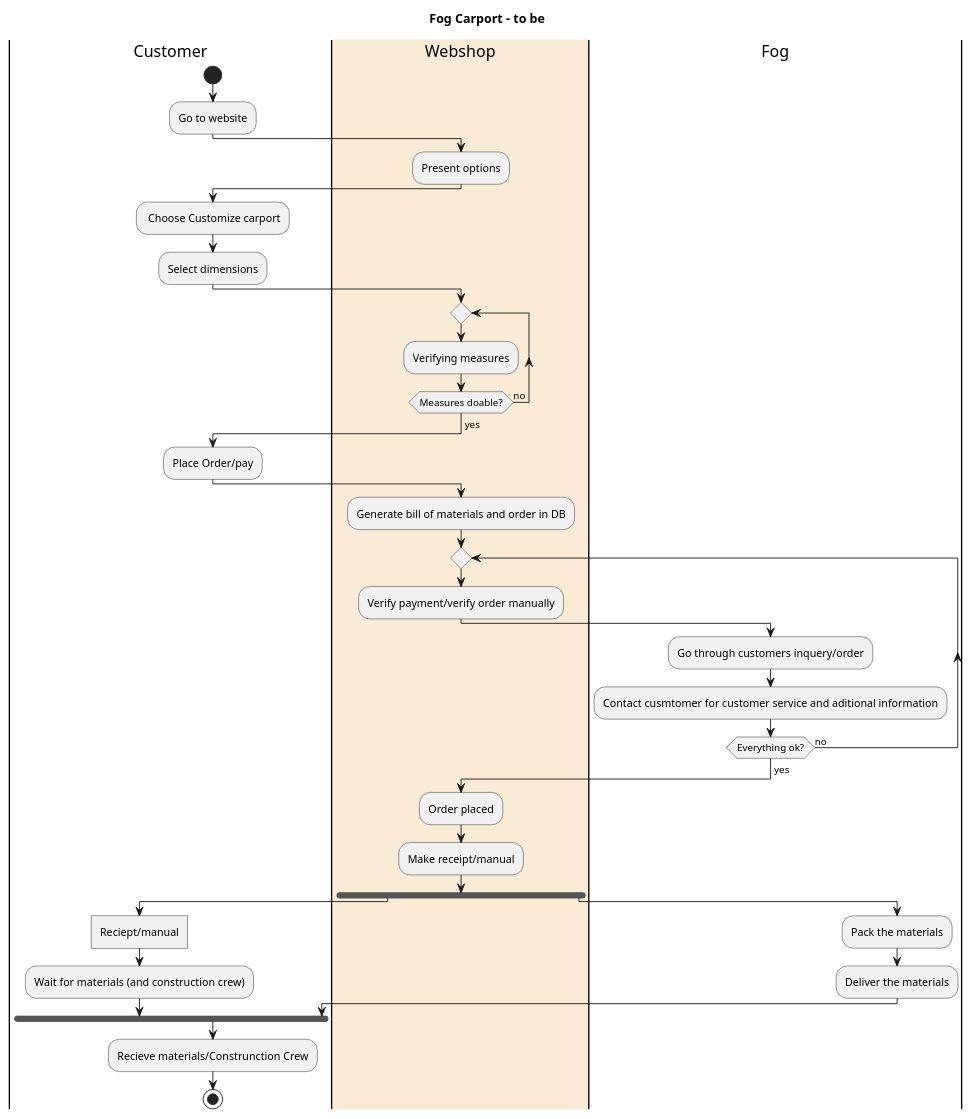
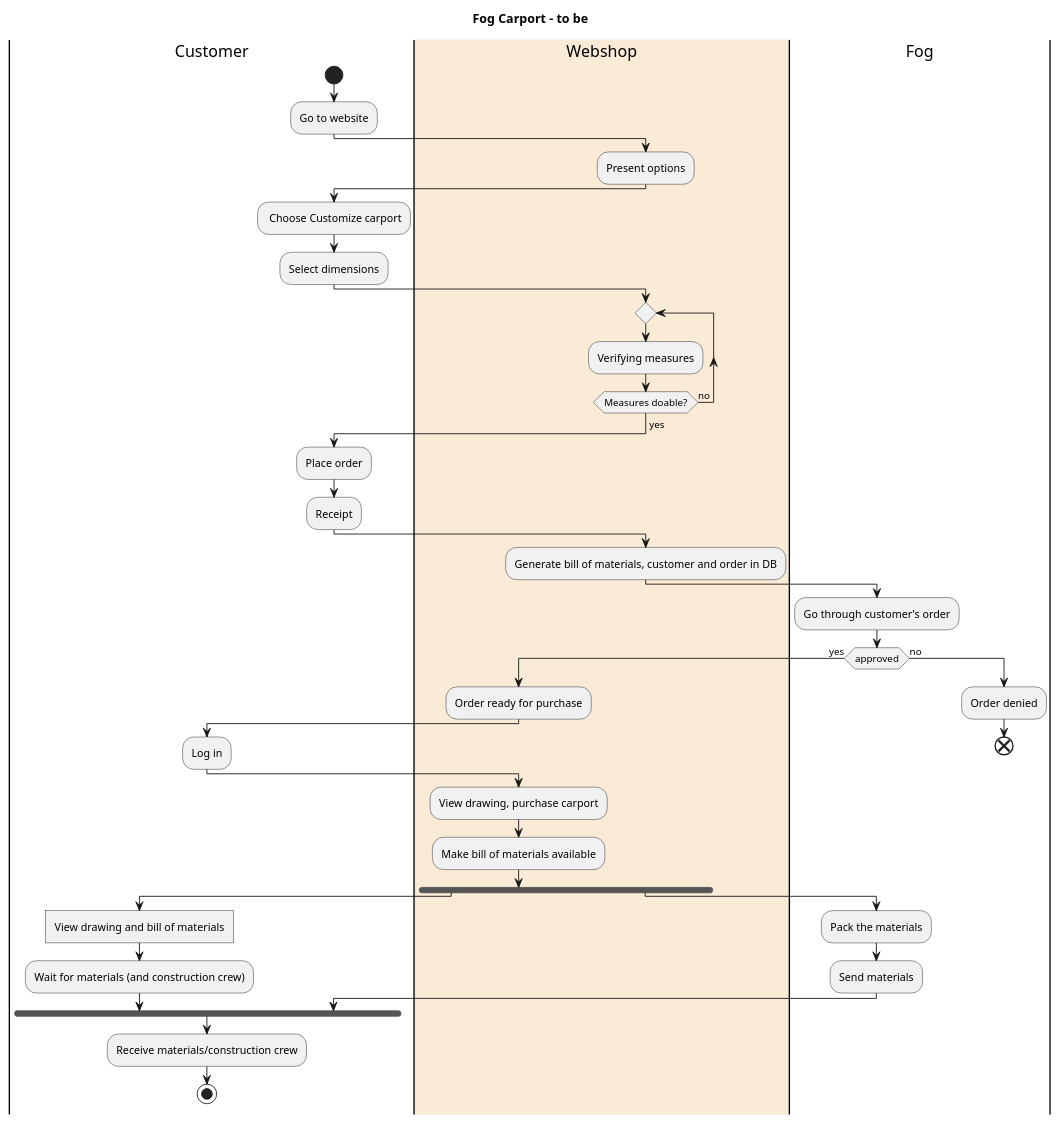
The diagram in src/main/Diagrams/Activity diagram to be.puml (benskov95/Fog_Carport_Bornit), drawn with PlantUML before and after one commit. The commit also changed 7 other files, not shown here.

```diff
--- a/src/main/Diagrams/Activity diagram to be.puml
+++ b/src/main/Diagrams/Activity diagram to be.puml
@@ -1,42 +1,49 @@
 @startuml
 Title Fog Carport - to be
 |Customer|
 start
 :Go to website;
 |#AntiqueWhite|Webshop|
 :Present options;
 |Customer|
 : Choose Customize carport;
 :Select dimensions;
 |Webshop|
 repeat
 :Verifying measures;
 repeat while (Measures doable?) is (no)
 ->yes;
 |Customer|
-:Place Order/pay;
+:Place order;
+:Receipt;
 |Webshop|
-:Generate bill of materials and order in DB;
-repeat
-:Verify payment/verify order manually;
+:Generate bill of materials, customer and order in DB;
 |Fog|
-:Go through customers inquery/order;
-:Contact cusmtomer for customer service and aditional information;
-repeat while (Everything ok?) is (no)
+:Go through customer's order;
+if (approved) then
 ->yes;
 |Webshop|
-:Order placed;
-:Make receipt/manual;
+:Order ready for purchase;
+|Customer|
+:Log in;
+|Webshop|
+:View drawing, purchase carport;
+:Make bill of materials available;
 fork
 |Customer|
-:Reciept/manual]
+:View drawing and bill of materials]
 :Wait for materials (and construction crew);
 fork again
 |Fog|
 :Pack the materials;
-:Deliver the materials;
+:Send materials;
 |Customer|
 end fork
-:Recieve materials/Construnction Crew;
+:Receive materials/construction crew;
 stop
+else
+->no;
+|Fog|
+:Order denied;
+end
 @endum
```
